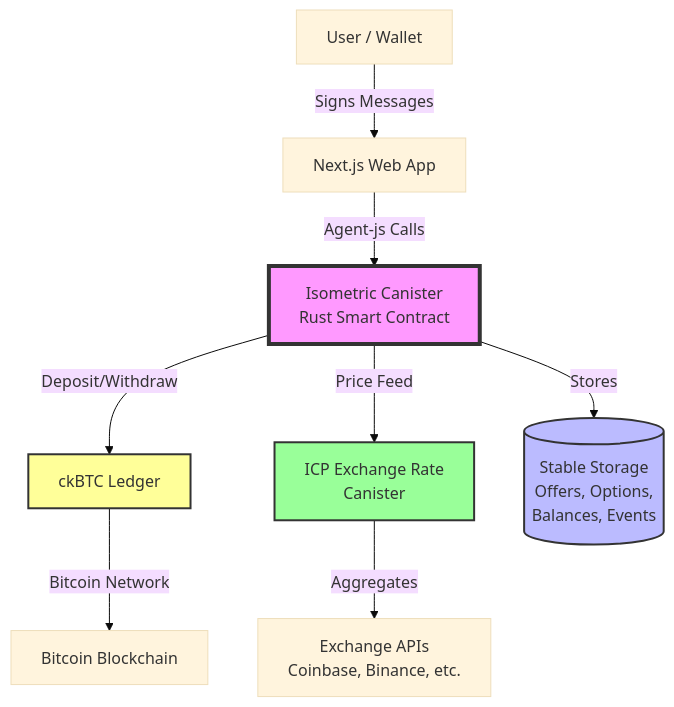
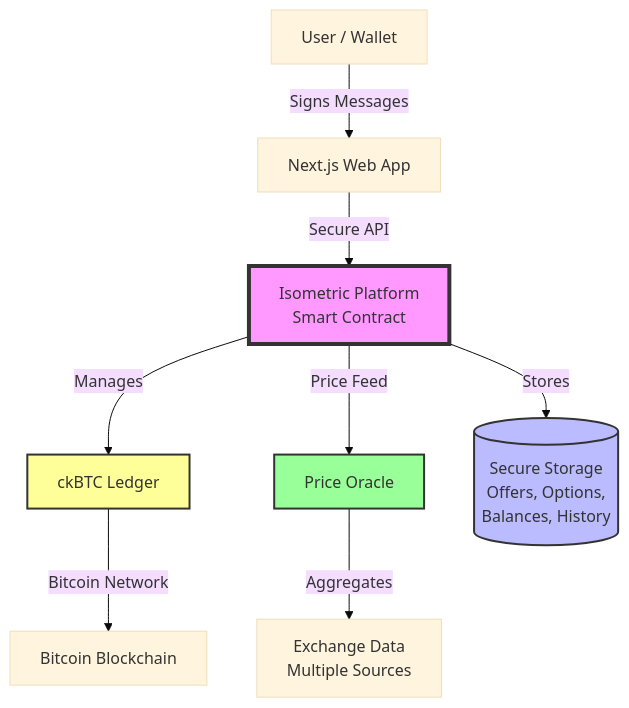
The first of 4 diagrams in apps/docs/docs/architecture/overview.md (isometricfi/isometric-mono), drawn with Mermaid (base theme) before and after one commit. The commit also changed other lines of this file and 9 other files, not shown here.

````diff
--- a/apps/docs/docs/architecture/overview.md
+++ b/apps/docs/docs/architecture/overview.md
@@ -11,18 +11,18 @@
 ```mermaid
 graph TB
     User[User / Wallet] -->|Signs Messages| WebApp[Next.js Web App]
-    WebApp -->|Agent-js Calls| Canister[Isometric Canister<br/>Rust Smart Contract]
+    WebApp -->|Secure API| Backend[Isometric Platform<br/>Smart Contract]
     
-    Canister -->|Deposit/Withdraw| ckBTC[ckBTC Ledger]
-    Canister -->|Price Feed| Oracle[ICP Exchange Rate<br/>Canister]
+    Backend -->|Manages| ckBTC[ckBTC Ledger]
+    Backend -->|Price Feed| Oracle[Price Oracle]
     
-    Canister -->|Stores| Storage[(Stable Storage<br/>Offers, Options,<br/>Balances, Events)]
+    Backend -->|Stores| Storage[(Secure Storage<br/>Offers, Options,<br/>Balances, History)]
     
     ckBTC -->|Bitcoin Network| BTC[Bitcoin Blockchain]
-    Oracle -->|Aggregates| Exchanges[Exchange APIs<br/>Coinbase, Binance, etc.]
+    Oracle -->|Aggregates| Exchanges[Exchange Data<br/>Multiple Sources]
     
-    style Canister fill:#f9f,stroke:#333,stroke-width:4px
+    style Backend fill:#f9f,stroke:#333,stroke-width:4px
     style Storage fill:#bbf,stroke:#333,stroke-width:2px
     style ckBTC fill:#ff9,stroke:#333,stroke-width:2px
     style Oracle fill:#9f9,stroke:#333,stroke-width:2px
 ```
````
